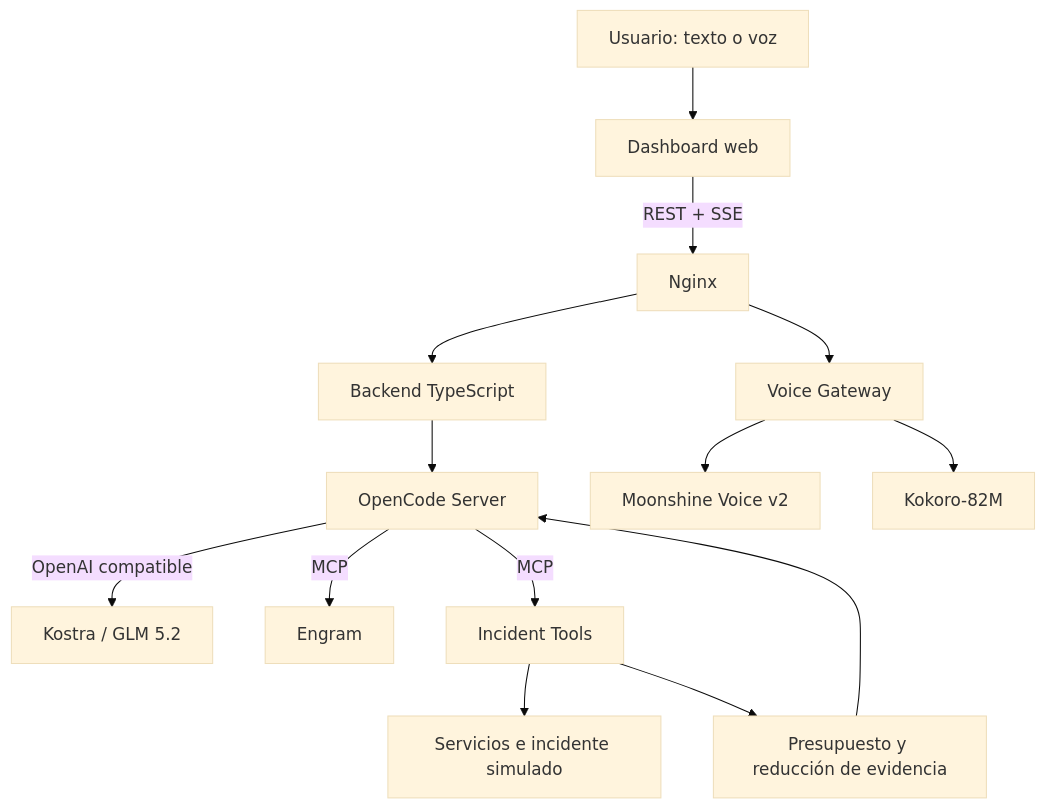
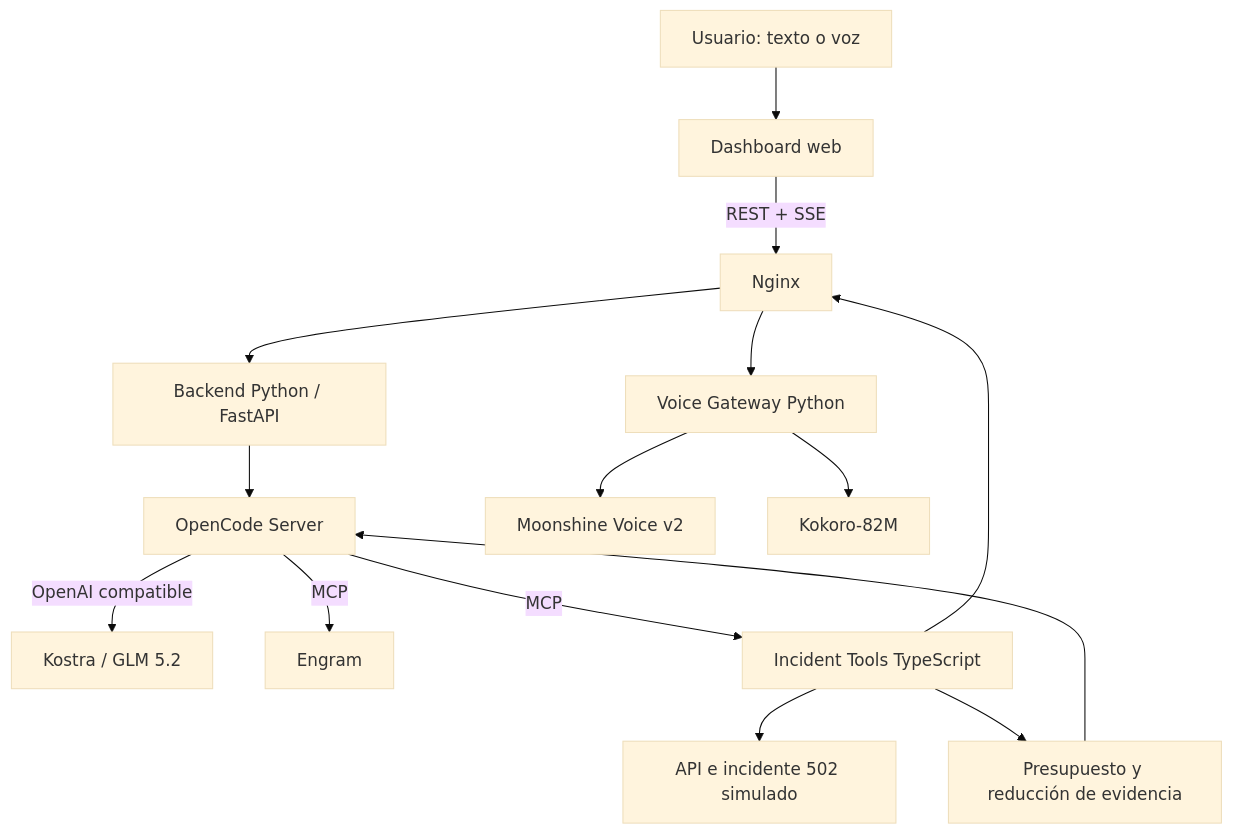
One commit to alonso-porcell/hackaton-huawei changed the diagram in vini_research.md. Above: the diagram before and after it, drawn with Mermaid (base theme). The commit also changed other lines of this file and 2 other files, not shown here.

Commit message:
docs: define api502 hybrid architecture

````diff
--- a/vini_research.md
+++ b/vini_research.md
@@ -88,16 +94,17 @@
 ```mermaid
 flowchart TD
     U[Usuario: texto o voz] --> WEB[Dashboard web]
     WEB -->|REST + SSE| NX[Nginx]
-    NX --> API[Backend TypeScript]
-    NX --> VOICE[Voice Gateway]
+    NX --> API[Backend Python / FastAPI]
+    NX --> VOICE[Voice Gateway Python]
     API --> OC[OpenCode Server]
     OC -->|OpenAI compatible| K[Kostra / GLM 5.2]
     OC -->|MCP| MEM[Engram]
-    OC -->|MCP| TOOLS[Incident Tools]
-    TOOLS --> SIM[Servicios e incidente simulado]
+    OC -->|MCP| TOOLS[Incident Tools TypeScript]
+    TOOLS --> SIM[API e incidente 502 simulado]
+    TOOLS --> NX
     TOOLS --> OPT[Presupuesto y reducción de evidencia]
     VOICE --> STT[Moonshine Voice v2]
     VOICE --> TTS[Kokoro-82M]
     OPT --> OC
 ```
````
